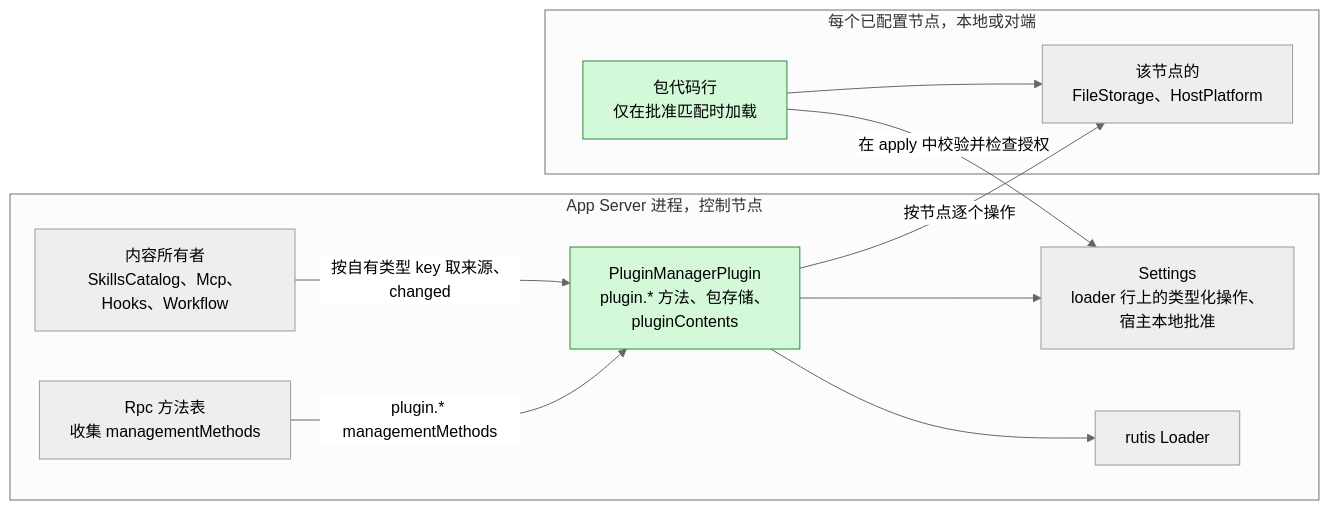
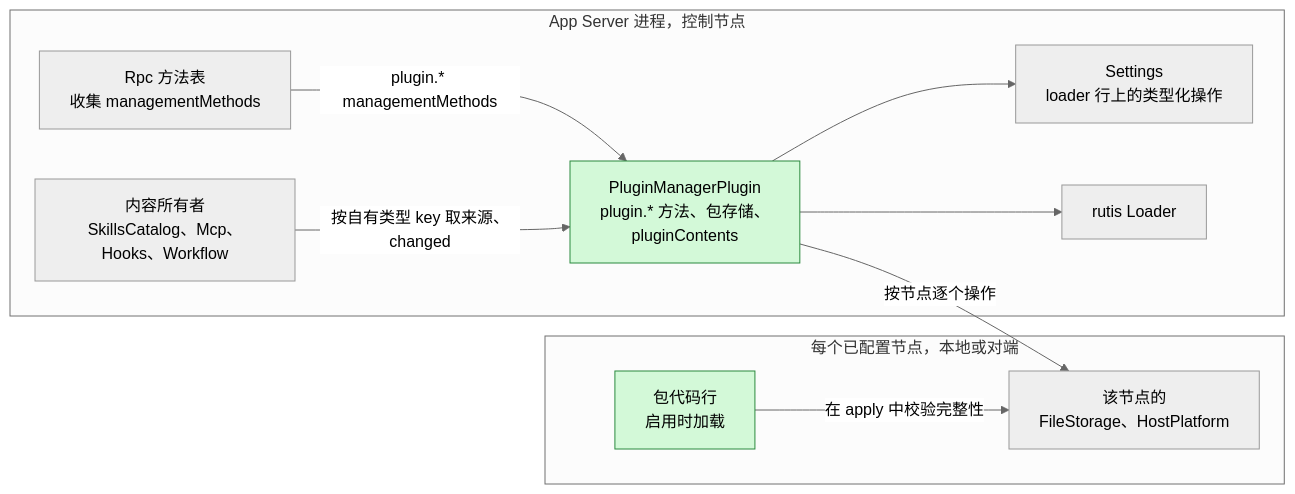
Before and after one commit to CoutinhoTTS/dim-agent: the first of 6 diagrams in docs/zh/design/plugins/PluginManager.md, drawn with Mermaid (neutral theme). The commit also changed other lines of this file and 40 other files, not shown here.

````diff
--- a/docs/zh/design/plugins/PluginManager.md
+++ b/docs/zh/design/plugins/PluginManager.md
@@ -9,22 +9,21 @@
 ```mermaid
 flowchart LR
   subgraph CN["App Server 进程，控制节点"]
     PM["PluginManagerPlugin<br/>plugin.* 方法、包存储、<br/>pluginContents"]:::new
-    SET["Settings<br/>loader 行上的类型化操作、<br/>宿主本地批准"]
+    SET["Settings<br/>loader 行上的类型化操作"]
     LOADER["rutis Loader"]
     RPC["Rpc 方法表<br/>收集 managementMethods"]
     CONS["内容所有者<br/>SkillsCatalog、Mcp、Hooks、Workflow"]
   end
   subgraph NODE["每个已配置节点，本地或对端"]
     SVC["该节点的<br/>FileStorage、HostPlatform"]
-    CODE["包代码行<br/>仅在批准匹配时加载"]:::new
+    CODE["包代码行<br/>启用时加载"]:::new
   end
   PM --> SET
   PM --> LOADER
   PM -->|"按节点逐个操作"| SVC
   RPC -->|"plugin.* managementMethods"| PM
   CONS -->|"按自有类型 key 取来源、changed"| PM
-  CODE -->|"在 apply 中校验并检查授权"| SET
-  CODE --> SVC
+  CODE -->|"在 apply 中校验完整性"| SVC
   classDef new fill:#d3f9d8,stroke:#2b8a3e,color:#000
 ```
````
